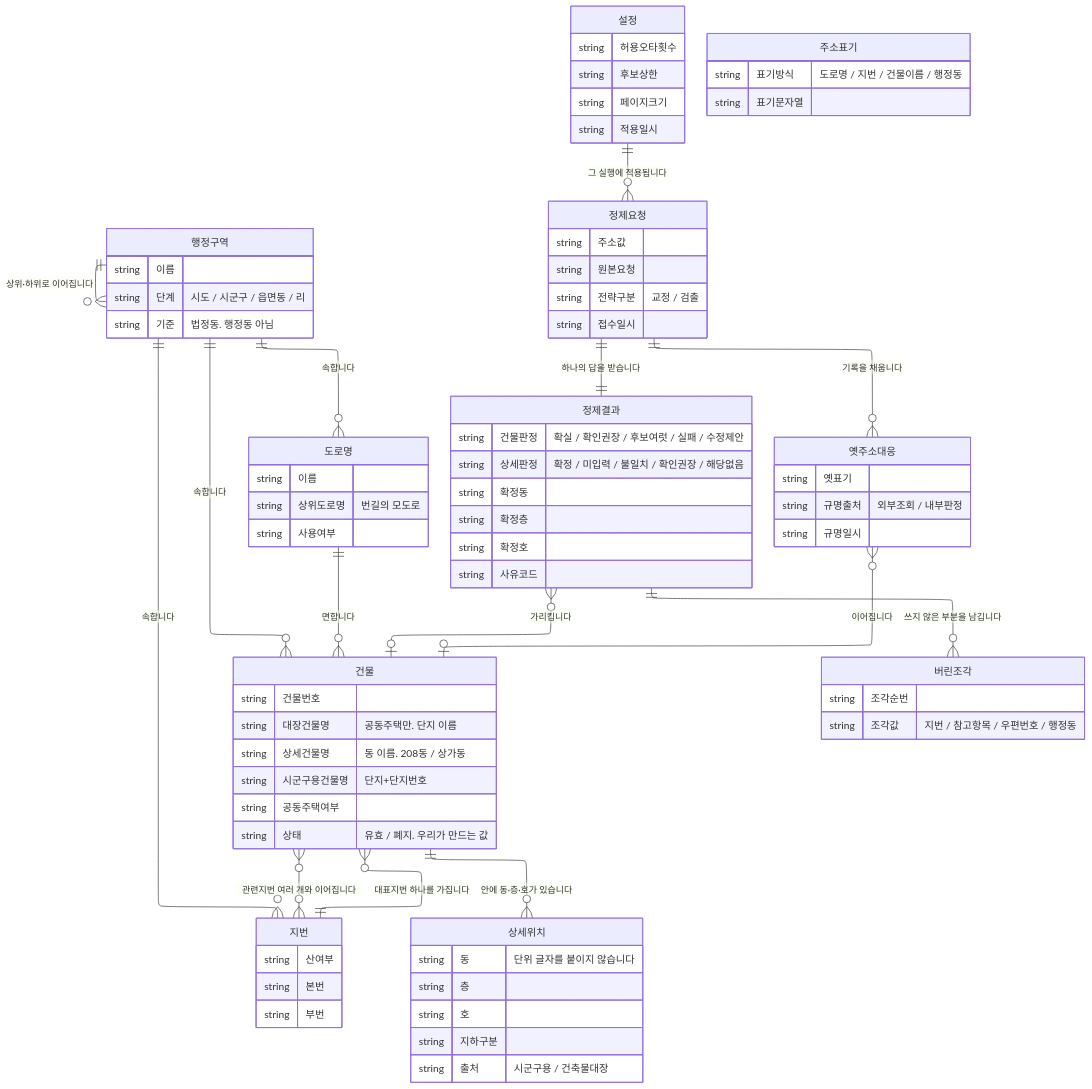
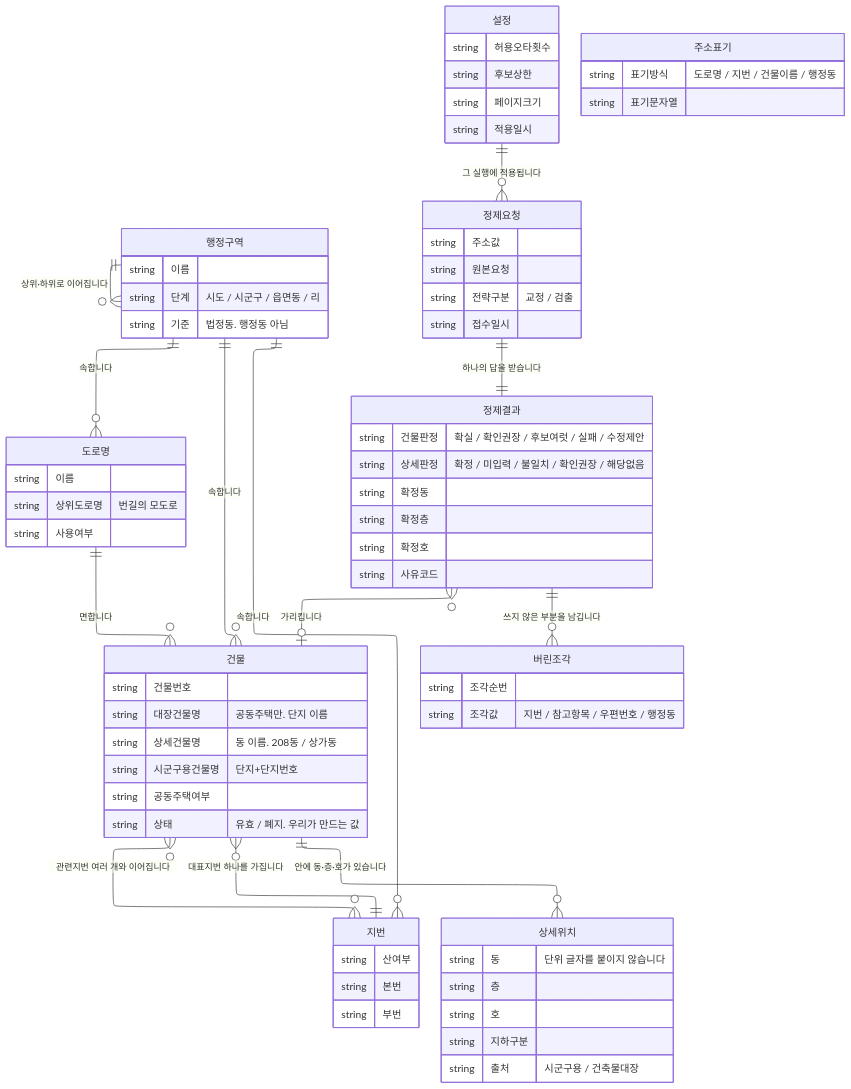
Before and after one commit to buss-sooin/address-refine-diagnostics: the first of 3 diagrams in design/02-data-model.md, drawn with Mermaid. The commit also changed other lines of this file and 15 other files, not shown here.

````diff
--- a/design/02-data-model.md
+++ b/design/02-data-model.md
@@ -58,8 +57,6 @@
     정제결과 ||--o{ 버린조각 : "쓰지 않은 부분을 남깁니다"
     정제결과 }o--o| 건물     : "가리킵니다"
 
-    옛주소대응 }o--o| 건물   : "이어집니다"
-    정제요청 ||--o{ 옛주소대응 : "기록을 채웁니다"
 
     행정구역 {
         string 이름
@@ -119,9 +116,4 @@
         string 조각순번
         string 조각값 "지번 / 참고항목 / 우편번호 / 행정동"
     }
-    옛주소대응 {
-        string 옛표기
-        string 규명출처 "외부조회 / 내부판정"
-        string 규명일시
-    }
 ```
````
